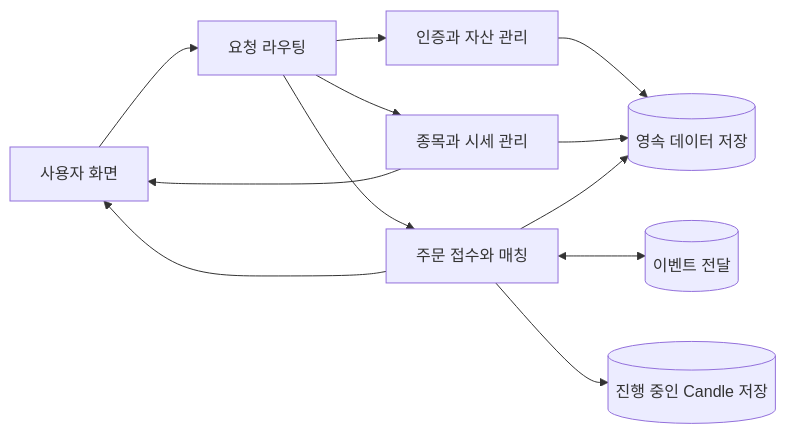
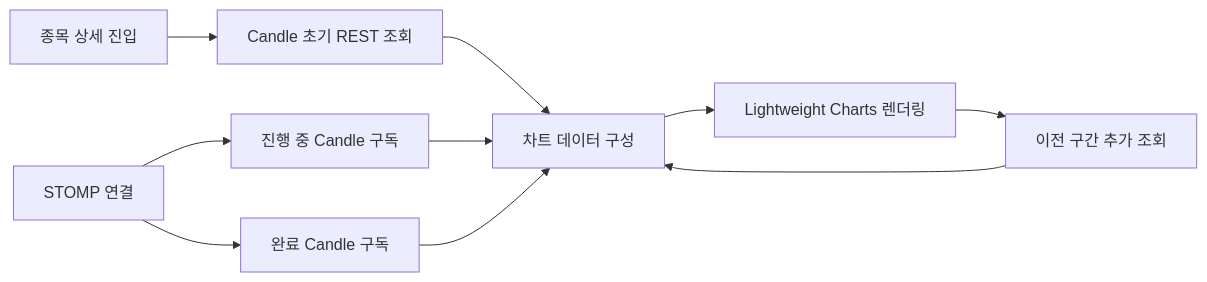
The diagram in StockFrontEnd/README.md (poi277/StockProject), drawn with Mermaid before and after one commit. The commit also changed other lines of this file and 49 other files, not shown here.

````diff
--- a/StockFrontEnd/README.md
+++ b/StockFrontEnd/README.md
@@ -73,14 +96,12 @@
 ```mermaid
 flowchart LR
-    FE["사용자 화면"] --> GW["요청 라우팅"]
-    GW --> User["인증과 자산 관리"]
-    GW --> Stock["종목과 시세 관리"]
-    GW --> Order["주문 접수와 매칭"]
-    Order <--> Kafka[("이벤트 전달")]
-    Order --> Redis[("진행 중인 Candle 저장")]
-    User --> DB[("영속 데이터 저장")]
-    Stock --> DB
-    Order --> DB
-    Stock --> FE
-    Order --> FE
+    Page["종목 상세 진입"] --> Init["Candle 초기 REST 조회"]
+    Init --> Feed["차트 데이터 구성"]
+    Feed --> Chart["Lightweight Charts 렌더링"]
+    Socket["STOMP 연결"] --> Live["진행 중 Candle 구독"]
+    Socket --> Completed["완료 Candle 구독"]
+    Live --> Feed
+    Completed --> Feed
+    Chart --> More["이전 구간 추가 조회"]
+    More --> Feed
 ```
````
